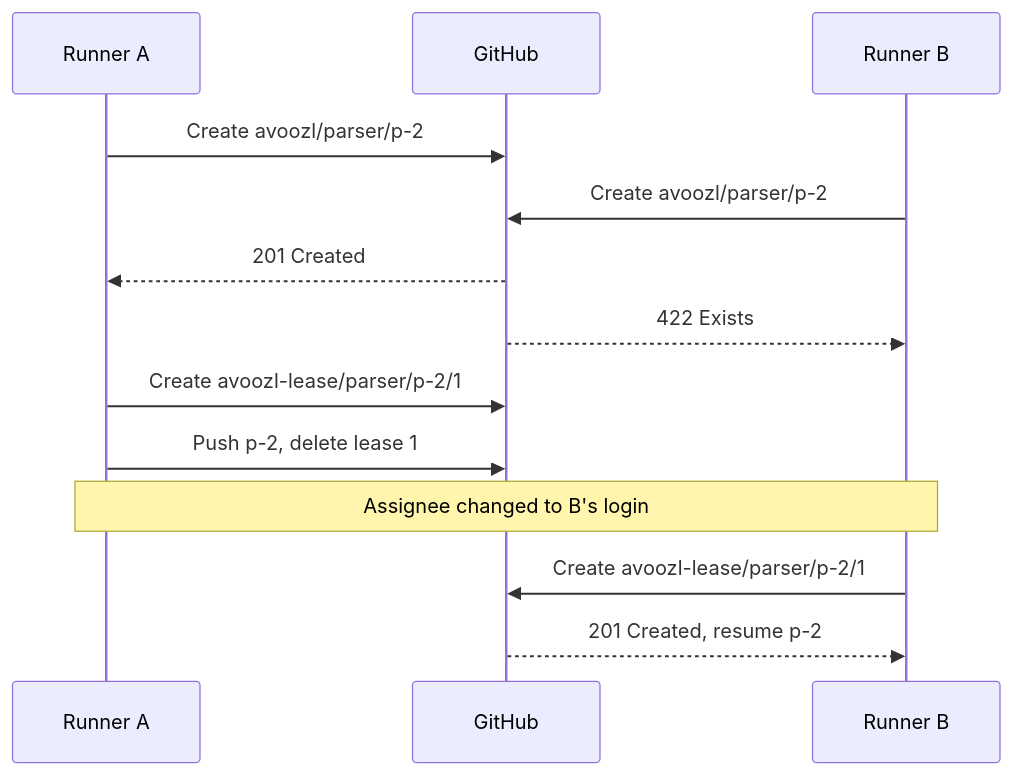
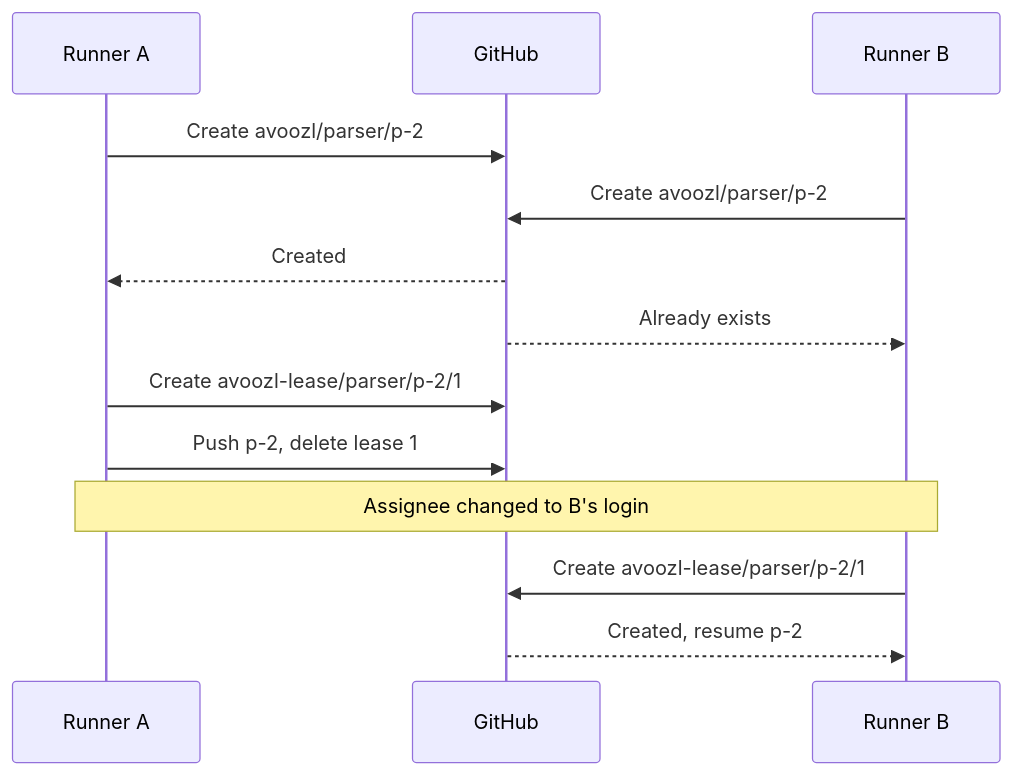
Before and after one commit to mtdowling/avoozl: the second of 2 diagrams in docs/github-workflow.md, drawn with Mermaid. The commit also changed other lines of this file and 5 other files, not shown here.

````diff
--- a/docs/github-workflow.md
+++ b/docs/github-workflow.md
@@ -422,15 +375,15 @@
 ```mermaid
 sequenceDiagram
   participant A as Runner A
   participant G as GitHub
   participant B as Runner B
   A->>G: Create avoozl/parser/p-2
   B->>G: Create avoozl/parser/p-2
-  G-->>A: 201 Created
-  G-->>B: 422 Exists
+  G-->>A: Created
+  G-->>B: Already exists
   A->>G: Create avoozl-lease/parser/p-2/1
   A->>G: Push p-2, delete lease 1
   Note over A,B: Assignee changed to B's login
   B->>G: Create avoozl-lease/parser/p-2/1
-  G-->>B: 201 Created, resume p-2
+  G-->>B: Created, resume p-2
 ```
````
